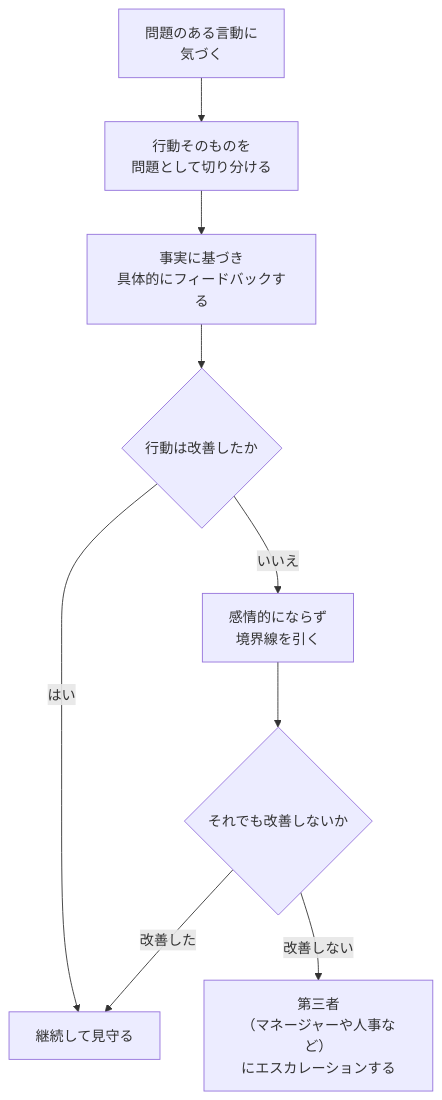
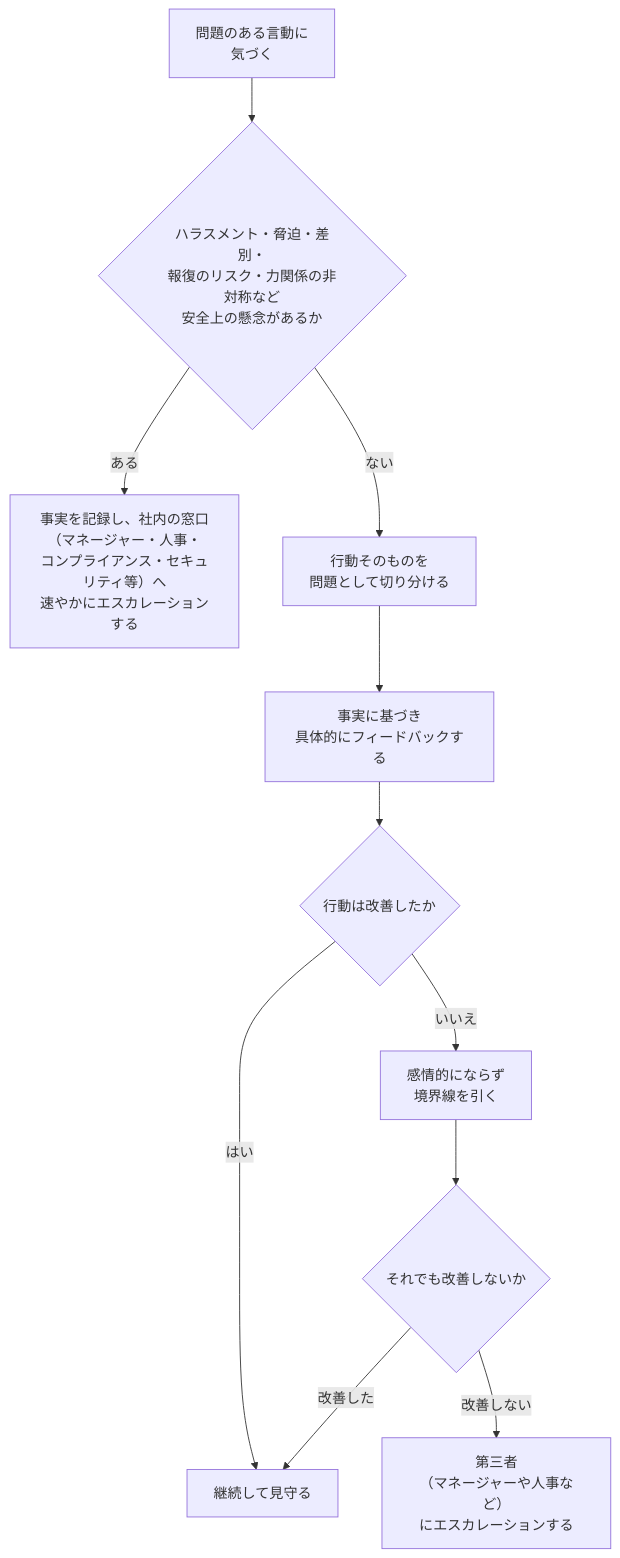
The fourth of 4 diagrams in Debugging-teams-guide.md (myoshi2891/Management-Team-Building-Studies), drawn with Mermaid before and after one commit. The commit also changed other lines of this file, not shown here.

Commit message:
docs(debugging-teams): add safety escalation branch to problem behavior flow

````diff
--- a/Debugging-teams-guide.md
+++ b/Debugging-teams-guide.md
@@ -210,11 +210,13 @@
 ```mermaid
 flowchart TB
-    A["問題のある言動に<br/>気づく"] --> B["行動そのものを<br/>問題として切り分ける"]
+    A["問題のある言動に<br/>気づく"] --> S{"ハラスメント・脅迫・差別・<br/>報復のリスク・力関係の非対称など<br/>安全上の懸念があるか"}
+    S -->|ある| X["事実を記録し、社内の窓口<br/>（マネージャー・人事・<br/>コンプライアンス・セキュリティ等）へ<br/>速やかにエスカレーションする"]
+    S -->|ない| B["行動そのものを<br/>問題として切り分ける"]
     B --> C["事実に基づき<br/>具体的にフィードバックする"]
     C --> D{行動は改善したか}
     D -->|はい| E[継続して見守る]
     D -->|いいえ| F["感情的にならず<br/>境界線を引く"]
     F --> G{それでも改善しないか}
     G -->|改善しない| H["第三者<br/>（マネージャーや人事など）<br/>にエスカレーションする"]
     G -->|改善した| E
 ```
````
